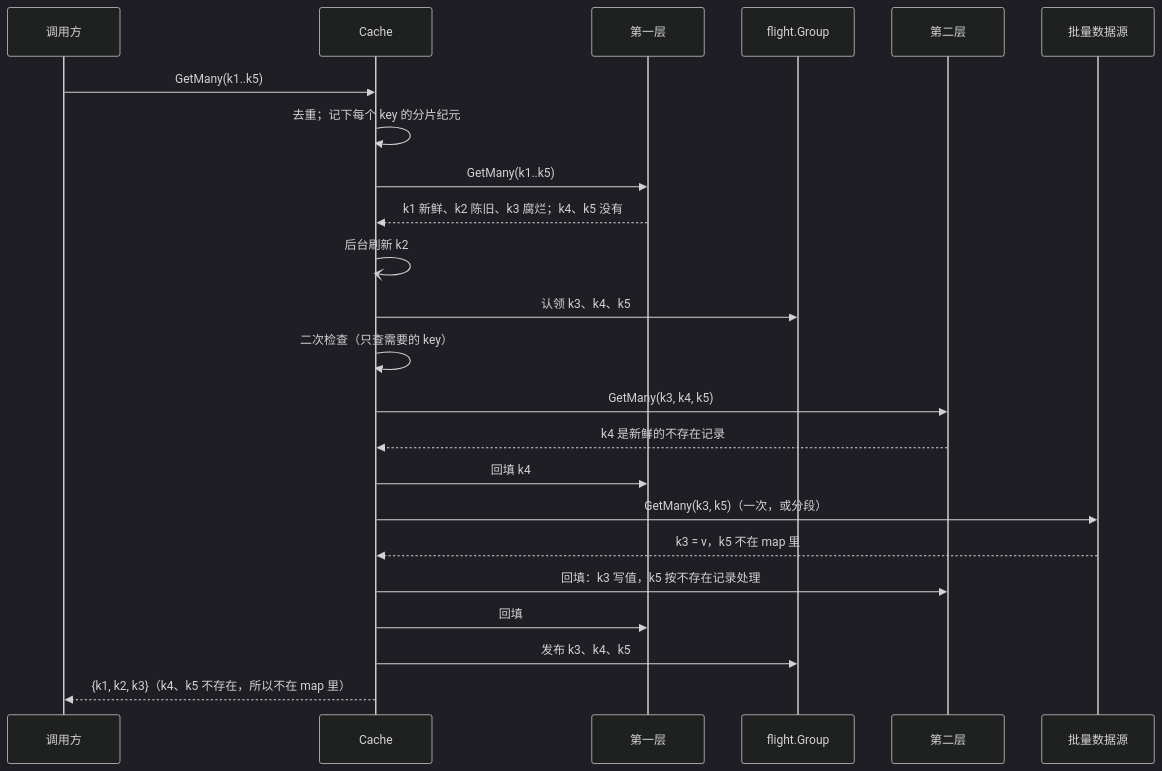
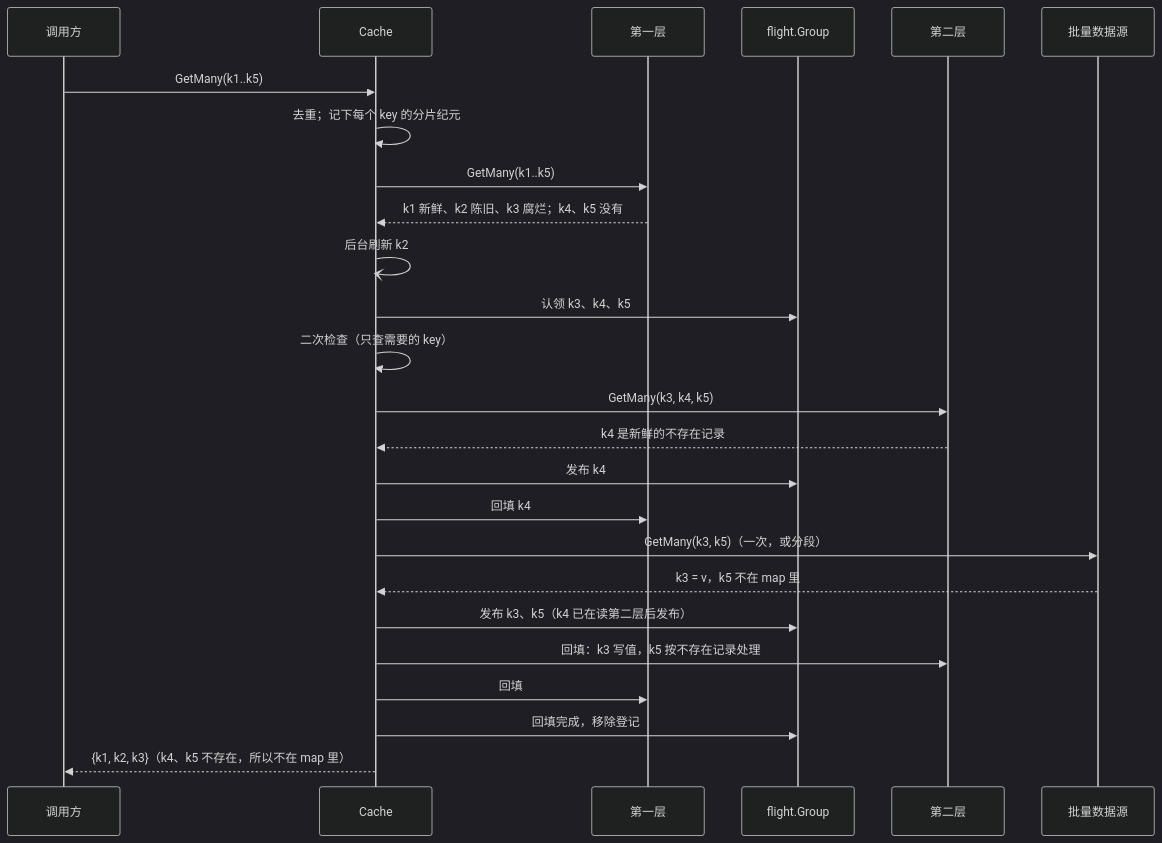
The diagram in docs/design/batch.md (theplant/cachex), drawn with Mermaid (dark theme) before and after one commit. The commit also changed other lines of this file and 6 other files, not shown here.

````diff
--- a/docs/design/batch.md
+++ b/docs/design/batch.md
@@ -22,25 +22,27 @@
 ```mermaid
 sequenceDiagram
     participant C as 调用方
     participant K as Cache
     participant L0 as 第一层
     participant G as flight.Group
     participant L1 as 第二层
     participant S as 批量数据源
     C->>K: GetMany(k1..k5)
     K->>K: 去重；记下每个 key 的分片纪元
     K->>L0: GetMany(k1..k5)
     L0-->>K: k1 新鲜、k2 陈旧、k3 腐烂；k4、k5 没有
     K-)K: 后台刷新 k2
     K->>G: 认领 k3、k4、k5
     K->>K: 二次检查（只查需要的 key）
     K->>L1: GetMany(k3, k4, k5)
     L1-->>K: k4 是新鲜的不存在记录
+    K->>G: 发布 k4
     K->>L0: 回填 k4
     K->>S: GetMany(k3, k5)（一次，或分段）
     S-->>K: k3 = v，k5 不在 map 里
+    K->>G: 发布 k3、k5（k4 已在读第二层后发布）
     K->>L1: 回填：k3 写值，k5 按不存在记录处理
     K->>L0: 回填
-    K->>G: 发布 k3、k4、k5
+    K->>G: 回填完成，移除登记
     K-->>C: {k1, k2, k3}（k4、k5 不存在，所以不在 map 里）
 ```
````
